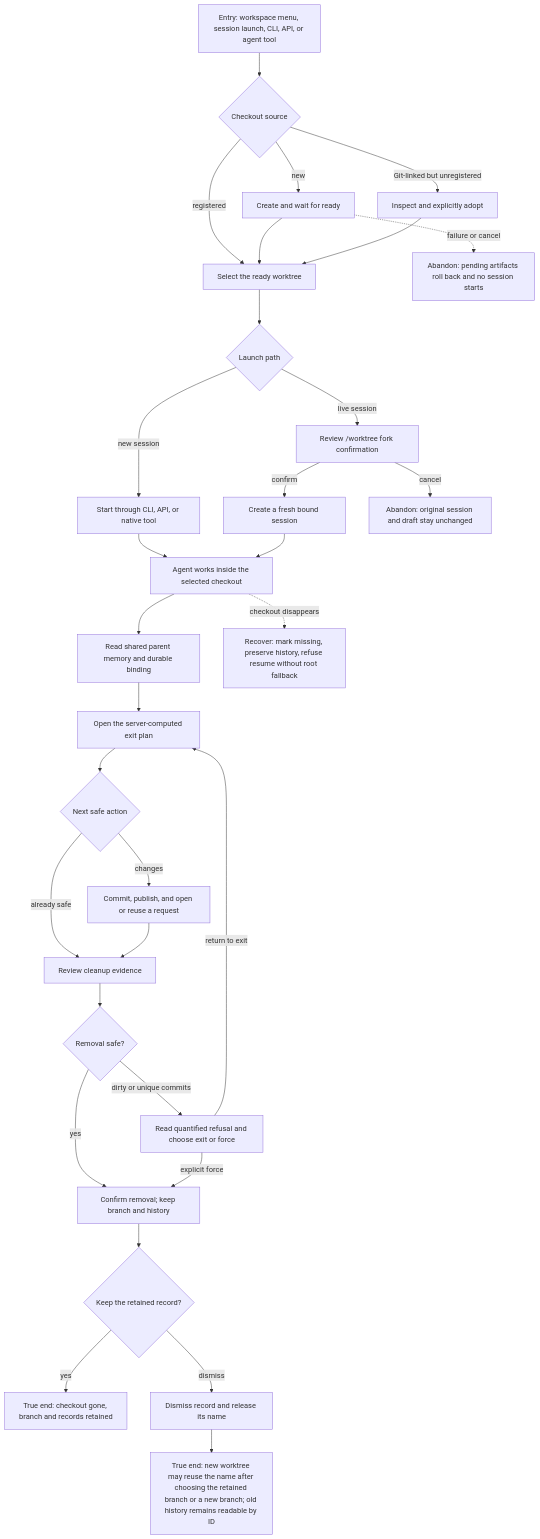
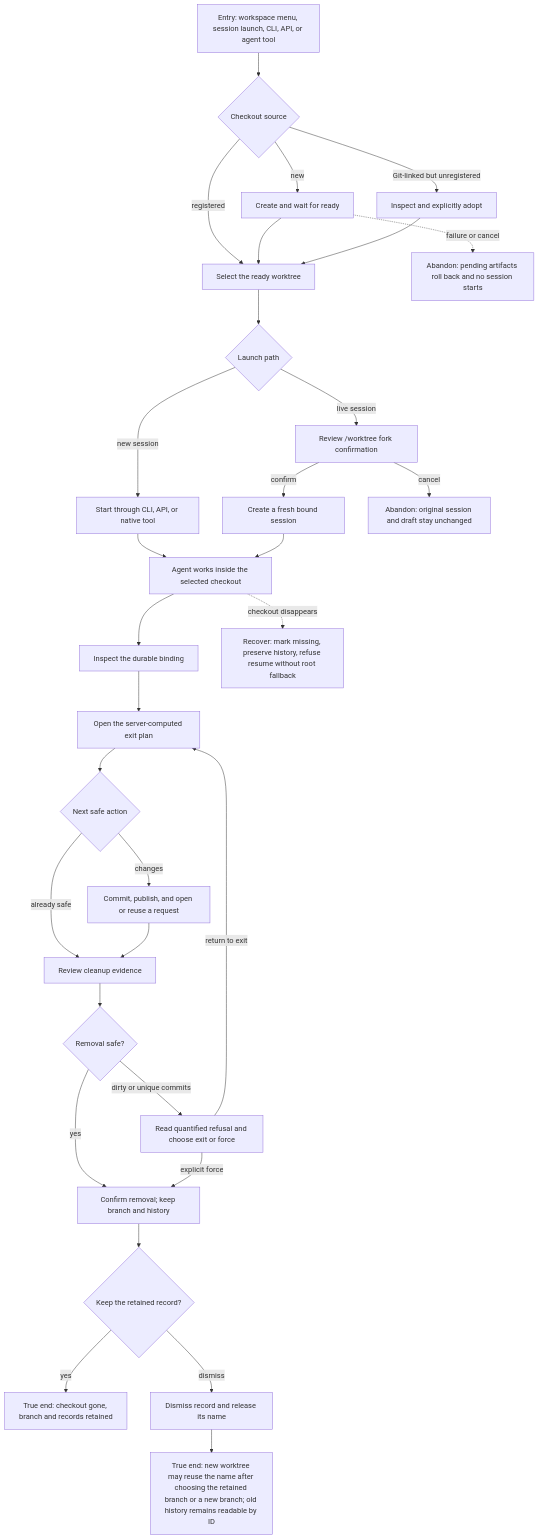
Before and after one commit to compozy/compozy: the diagram in docs/qa/journeys/J-worktree-management.md, drawn with Mermaid. The commit also changed other lines of this file and 1517 other files, not shown here.

````diff
--- a/docs/qa/journeys/J-worktree-management.md
+++ b/docs/qa/journeys/J-worktree-management.md
@@ -6,33 +6,33 @@
 ```mermaid
 flowchart TD
     A[Entry: workspace menu, session launch, CLI, API, or agent tool] --> B{Checkout source}
     B -->|new| C[Create and wait for ready]
     B -->|Git-linked but unregistered| D[Inspect and explicitly adopt]
     B -->|registered| E[Select the ready worktree]
     C --> E
     D --> E
     E --> F{Launch path}
     F -->|new session| G[Start through CLI, API, or native tool]
     F -->|live session| H[Review /worktree fork confirmation]
     H -->|confirm| I[Create a fresh bound session]
     H -->|cancel| X1[Abandon: original session and draft stay unchanged]
     G --> J[Agent works inside the selected checkout]
     I --> J
-    J --> K[Read shared parent memory and durable binding]
+    J --> K[Inspect the durable binding]
     K --> L[Open the server-computed exit plan]
     L --> M{Next safe action}
     M -->|changes| N[Commit, publish, and open or reuse a request]
     M -->|already safe| O[Review cleanup evidence]
     N --> O
     O --> P{Removal safe?}
     P -->|yes| Q[Confirm removal; keep branch and history]
     P -->|dirty or unique commits| R[Read quantified refusal and choose exit or force]
     R -->|return to exit| L
     R -->|explicit force| Q
     Q --> S{Keep the retained record?}
     S -->|yes| T[True end: checkout gone, branch and records retained]
     S -->|dismiss| U[Dismiss record and release its name]
     U --> V[True end: new worktree may reuse the name after choosing the retained branch or a new branch; old history remains readable by ID]
     C -.->|failure or cancel| X2[Abandon: pending artifacts roll back and no session starts]
     J -.->|checkout disappears| X3[Recover: mark missing, preserve history, refuse resume without root fallback]
 ```
````
